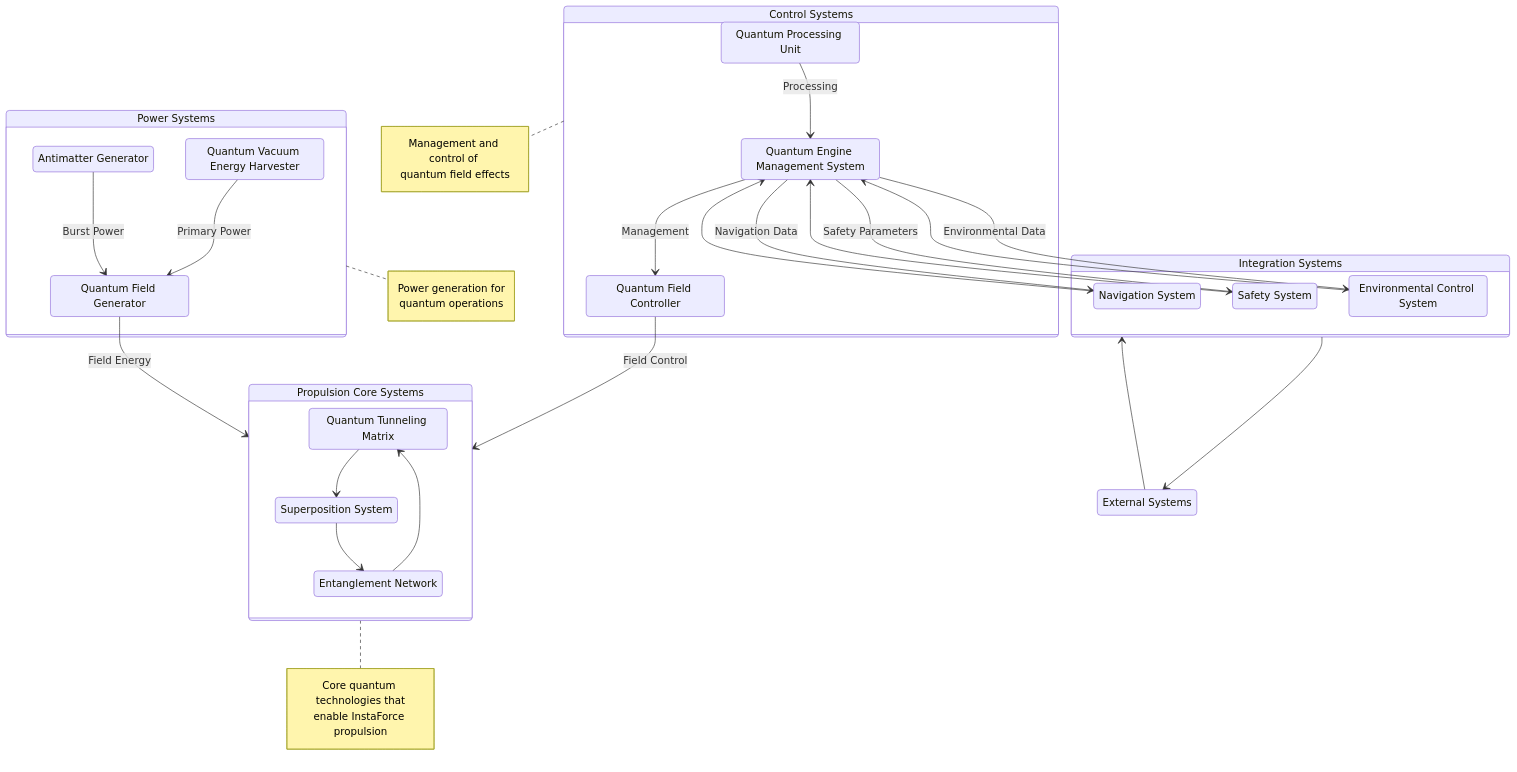
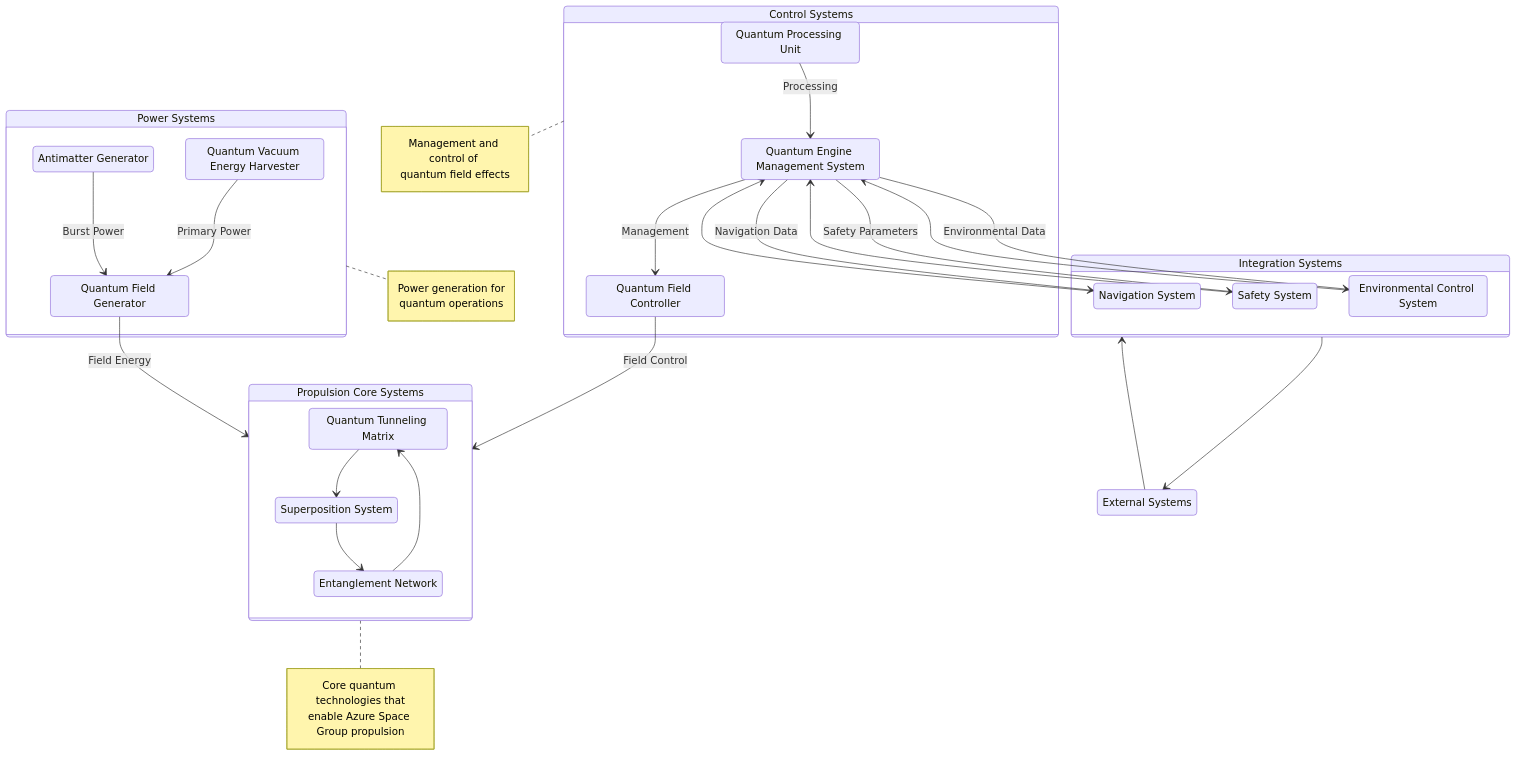
One commit to szemkoff/azurespacegroup changed the first of 8 diagrams in docs/core-documentation/core-technology.md. Above: the diagram before and after it, drawn with Mermaid. The commit also changed other lines of this file and 33 other files, not shown here.

Commit message:
Implement rebranding from InstaForce to Azure Space Group

````diff
--- a/docs/core-documentation/core-technology.md
+++ b/docs/core-documentation/core-technology.md
@@ -11,67 +11,67 @@
 ```mermaid
 stateDiagram-v2
     direction TB
     
     state "Propulsion Core Systems" as PCS {
         QTM: Quantum Tunneling Matrix
         SPS: Superposition System
         ENM: Entanglement Network
         
         QTM --> SPS
         SPS --> ENM
         ENM --> QTM
     }
     
     state "Control Systems" as CS {
         QPU: Quantum Processing Unit
         QEMS: Quantum Engine Management System
         QFC: Quantum Field Controller
         
         QPU --> QEMS: Processing
         QEMS --> QFC: Management
     }
     
     state "Power Systems" as PS {
         QVE: Quantum Vacuum Energy Harvester
         AMG: Antimatter Generator
         QFG: Quantum Field Generator
         
         QVE --> QFG: Primary Power
         AMG --> QFG: Burst Power
     }
     
     state "Integration Systems" as IS {
         NAS: Navigation System
         SAS: Safety System
         ECS: Environmental Control System
     }
     
     QFC --> PCS: Field Control
     QFG --> PCS: Field Energy
     
     QEMS --> NAS: Navigation Data
     NAS --> QEMS
     QEMS --> SAS: Safety Parameters
     SAS --> QEMS
     QEMS --> ECS: Environmental Data
     ECS --> QEMS
     
     state "External Systems" as EXT
     EXT --> IS
     IS --> EXT
     
     note right of PCS
         Core quantum technologies that
-        enable InstaForce propulsion
+        enable Azure Space Group propulsion
     end note
     
     note right of CS
         Management and control of 
         quantum field effects
     end note
     
     note right of PS
         Power generation for
         quantum operations
     end note
 ```
````
